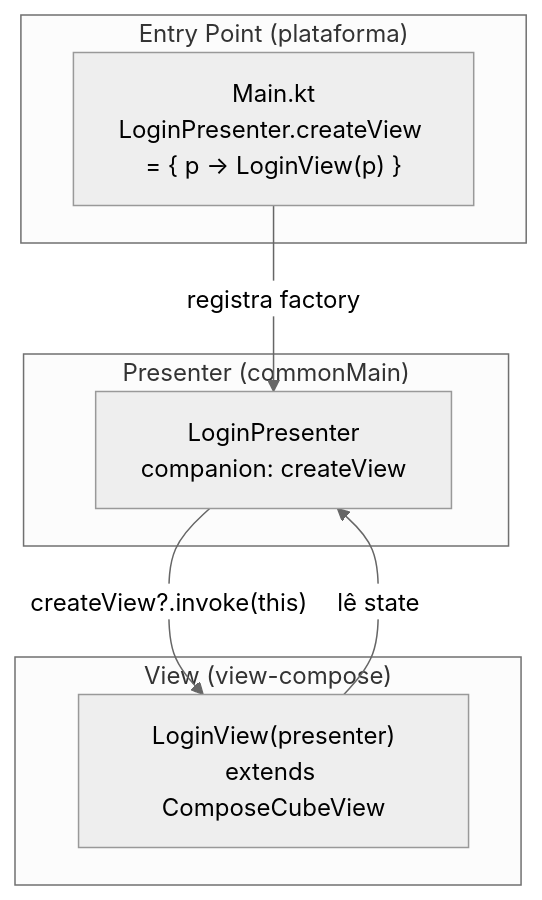
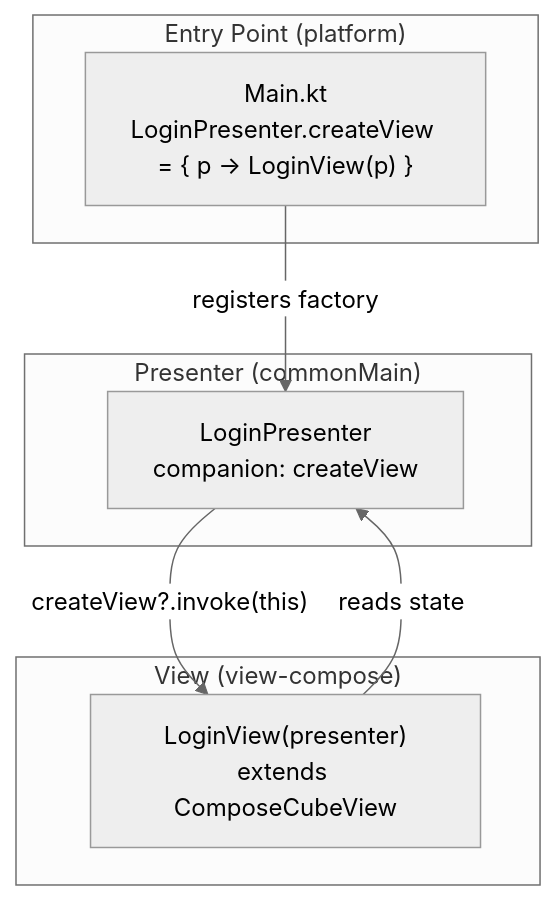
The fourth of 9 diagrams in docs/architecture-cube-compose.md (mrcdom/wdc-cube-kotlin), drawn with Mermaid (neutral theme) before and after one commit. The commit also changed other lines of this file and 10 other files, not shown here.

First line of the commit message:
docs: architecture docs and top-level READMEs in US English

````diff
--- a/docs/architecture-cube-compose.md
+++ b/docs/architecture-cube-compose.md
@@ -214,18 +214,18 @@
 ```mermaid
 graph TD
     subgraph "Presenter (commonMain)"
         LP["LoginPresenter<br/>companion: createView"]
     end
 
-    subgraph "Entry Point (plataforma)"
+    subgraph "Entry Point (platform)"
         EP["Main.kt<br/>LoginPresenter.createView = { p → LoginView(p) }"]
     end
 
     subgraph "View (view-compose)"
         LV["LoginView(presenter)<br/>extends ComposeCubeView"]
     end
 
-    EP -->|registra factory| LP
+    EP -->|registers factory| LP
     LP -->|"createView?.invoke(this)"| LV
-    LV -->|"lê state"| LP
+    LV -->|"reads state"| LP
 ```
````
